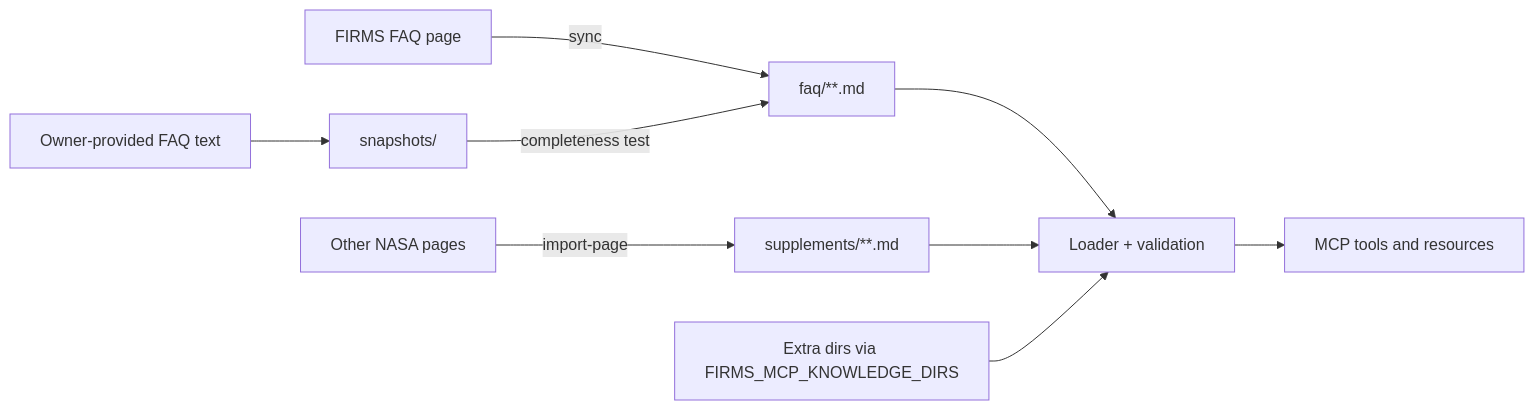
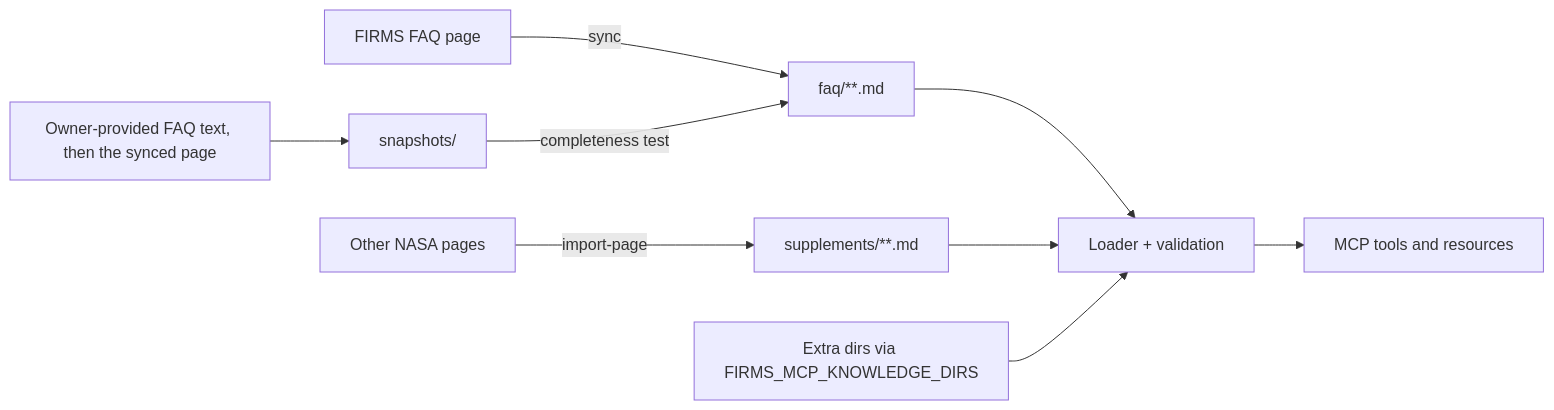
The diagram in docs/design/KNOWLEDGE_BASE.md (mendesdyl/firms-mcp), drawn with Mermaid before and after one commit. The commit also changed other lines of this file and 39 other files, not shown here.

````diff
--- a/docs/design/KNOWLEDGE_BASE.md
+++ b/docs/design/KNOWLEDGE_BASE.md
@@ -34,11 +34,11 @@
 ```mermaid
 flowchart LR
     A[FIRMS FAQ page] -->|sync| B[faq/**.md]
     C[Other NASA pages] -->|import-page| D[supplements/**.md]
-    E[Owner-provided FAQ text] --> F[snapshots/]
+    E[Owner-provided FAQ text, then the synced page] --> F[snapshots/]
     B --> G[Loader + validation]
     D --> G
     H[Extra dirs via FIRMS_MCP_KNOWLEDGE_DIRS] --> G
     G --> I[MCP tools and resources]
     F -->|completeness test| B
 ```
````
